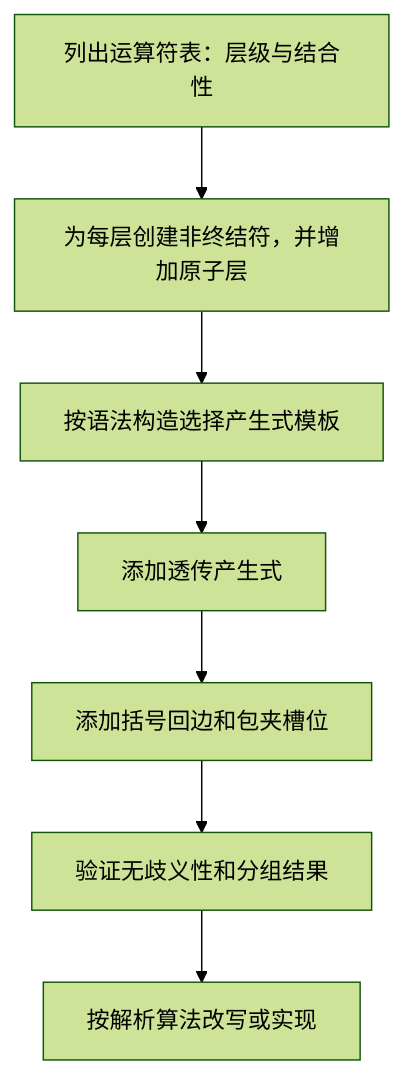
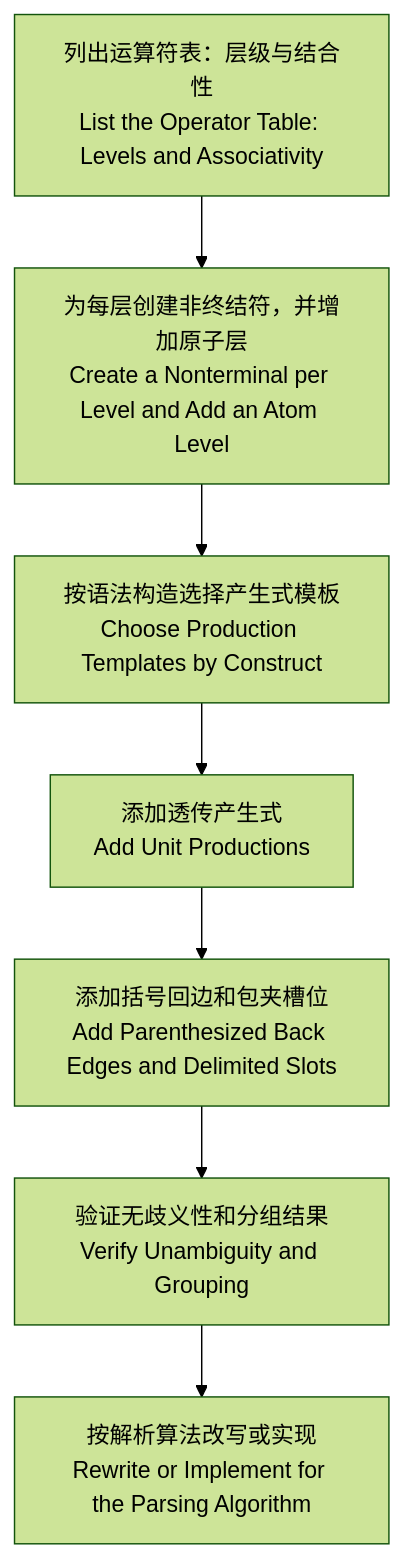
Before and after one commit to dengking/compiler-principle: the third of 3 diagrams in docs/front-end/gramars/context-free-grammar/design-techniques/index.md, drawn with Mermaid (forest theme). The commit also changed other lines of this file and 6 other files, not shown here.

````diff
--- a/docs/front-end/gramars/context-free-grammar/design-techniques/index.md
+++ b/docs/front-end/gramars/context-free-grammar/design-techniques/index.md
@@ -140,9 +140,9 @@
 ```mermaid
 flowchart TD
-    S1["列出运算符表：层级与结合性"] --> S2["为每层创建非终结符，并增加原子层"]
-    S2 --> S3["按语法构造选择产生式模板"]
-    S3 --> S4["添加透传产生式"]
-    S4 --> S5["添加括号回边和包夹槽位"]
-    S5 --> S6["验证无歧义性和分组结果"]
-    S6 --> S7["按解析算法改写或实现"]
+    S1["列出运算符表：层级与结合性<br/>List the Operator Table: Levels and Associativity"] --> S2["为每层创建非终结符，并增加原子层<br/>Create a Nonterminal per Level and Add an Atom Level"]
+    S2 --> S3["按语法构造选择产生式模板<br/>Choose Production Templates by Construct"]
+    S3 --> S4["添加透传产生式<br/>Add Unit Productions"]
+    S4 --> S5["添加括号回边和包夹槽位<br/>Add Parenthesized Back Edges and Delimited Slots"]
+    S5 --> S6["验证无歧义性和分组结果<br/>Verify Unambiguity and Grouping"]
+    S6 --> S7["按解析算法改写或实现<br/>Rewrite or Implement for the Parsing Algorithm"]
 ```
````
